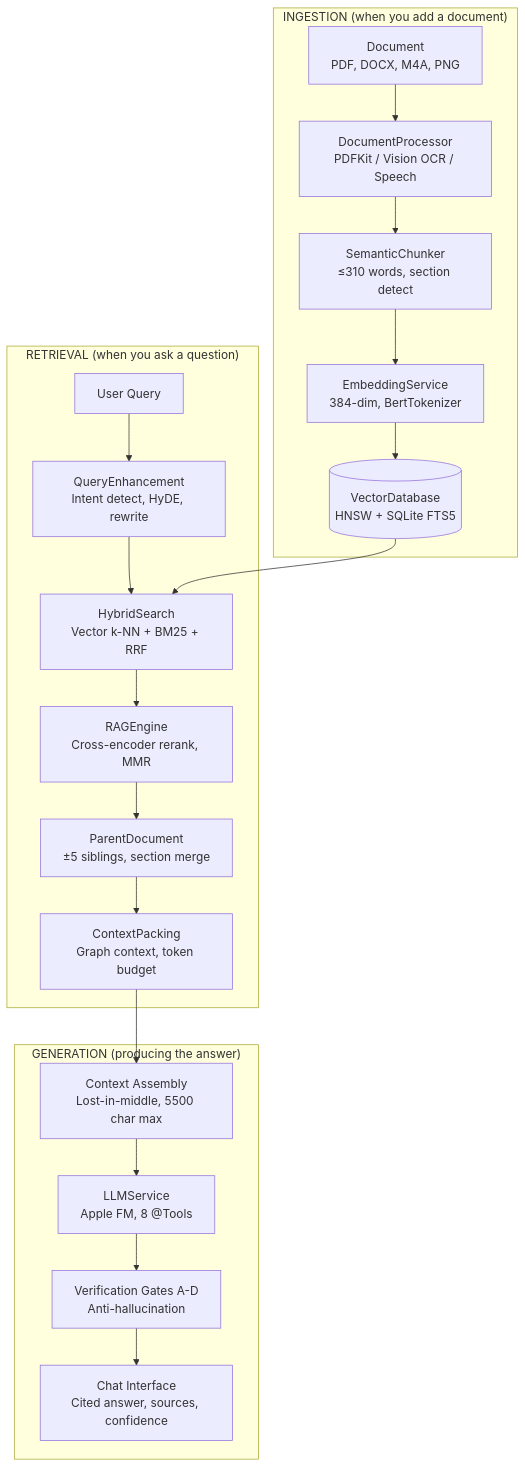
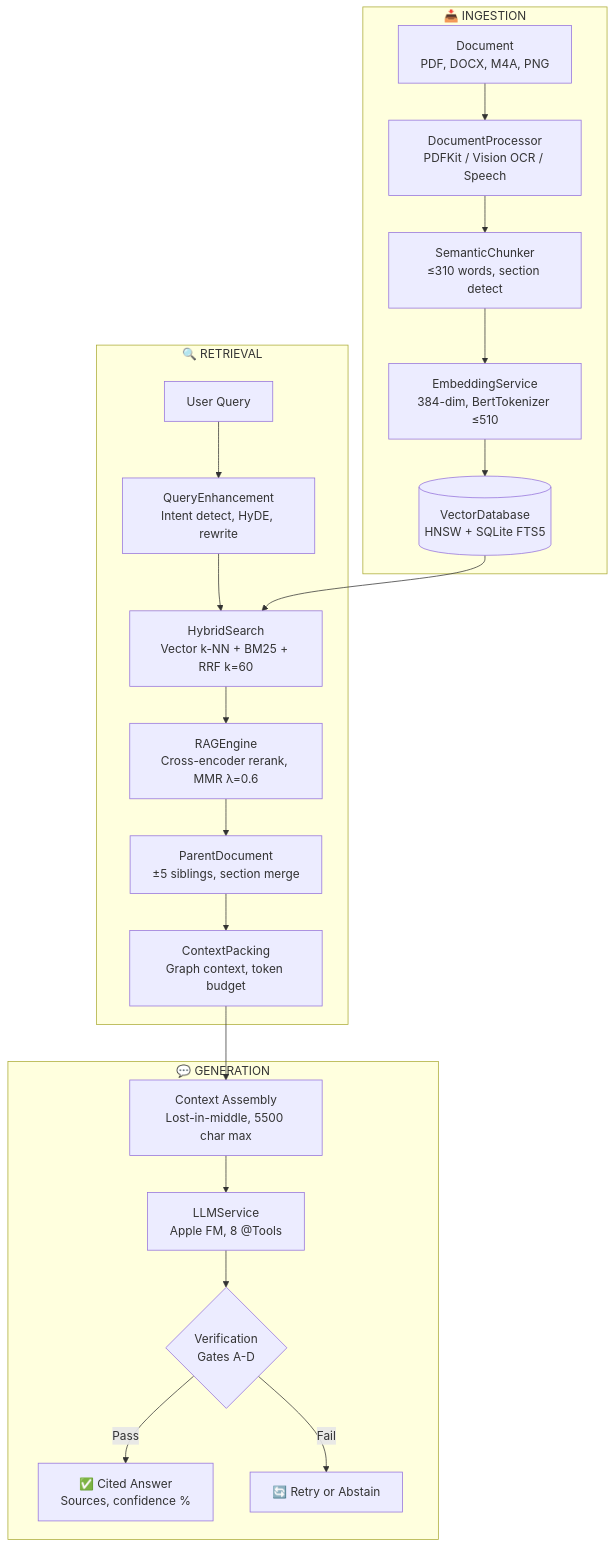
Before and after one commit to Gunnarguy/OpenIntelligence: the diagram in README.md, drawn with Mermaid.

Commit message:
docs: Enhance flowchart in README with clearer labels and improved detail for ingestion, retrieval, and generation processes

````diff
--- a/README.md
+++ b/README.md
@@ -182,25 +182,27 @@
 ```mermaid
 flowchart TD
-    subgraph INGESTION["INGESTION (when you add a document)"]
+    subgraph ING[" 📥 INGESTION "]
         A[Document<br/>PDF, DOCX, M4A, PNG] --> B[DocumentProcessor<br/>PDFKit / Vision OCR / Speech]
         B --> C[SemanticChunker<br/>≤310 words, section detect]
-        C --> D[EmbeddingService<br/>384-dim, BertTokenizer]
+        C --> D[EmbeddingService<br/>384-dim, BertTokenizer ≤510]
         D --> E[(VectorDatabase<br/>HNSW + SQLite FTS5)]
     end
 
-    subgraph RETRIEVAL["RETRIEVAL (when you ask a question)"]
+    subgraph RET[" 🔍 RETRIEVAL "]
         F[User Query] --> G[QueryEnhancement<br/>Intent detect, HyDE, rewrite]
-        G --> H[HybridSearch<br/>Vector k-NN + BM25 + RRF]
-        E --> H
-        H --> I[RAGEngine<br/>Cross-encoder rerank, MMR]
+        G --> H[HybridSearch<br/>Vector k-NN + BM25 + RRF k=60]
+        H --> I[RAGEngine<br/>Cross-encoder rerank, MMR λ=0.6]
         I --> J[ParentDocument<br/>±5 siblings, section merge]
         J --> K[ContextPacking<br/>Graph context, token budget]
     end
 
-    subgraph GENERATION["GENERATION (producing the answer)"]
-        K --> L[Context Assembly<br/>Lost-in-middle, 5500 char max]
-        L --> M[LLMService<br/>Apple FM, 8 @Tools]
-        M --> N[Verification Gates A-D<br/>Anti-hallucination]
-        N --> O[Chat Interface<br/>Cited answer, sources, confidence]
+    subgraph GEN[" 💬 GENERATION "]
+        L[Context Assembly<br/>Lost-in-middle, 5500 char max] --> M[LLMService<br/>Apple FM, 8 @Tools]
+        M --> N{Verification<br/>Gates A-D}
+        N -->|Pass| O[✅ Cited Answer<br/>Sources, confidence %]
+        N -->|Fail| P[🔄 Retry or Abstain]
     end
+
+    E --> H
+    K --> L
 ```
````
